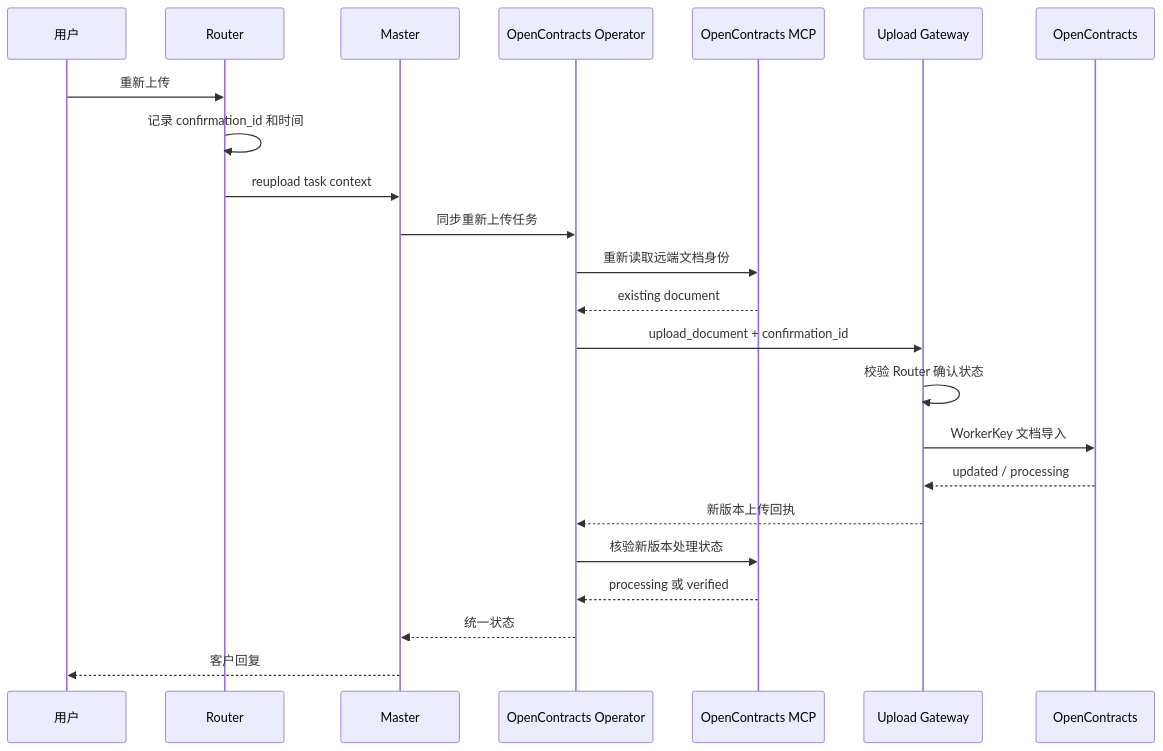
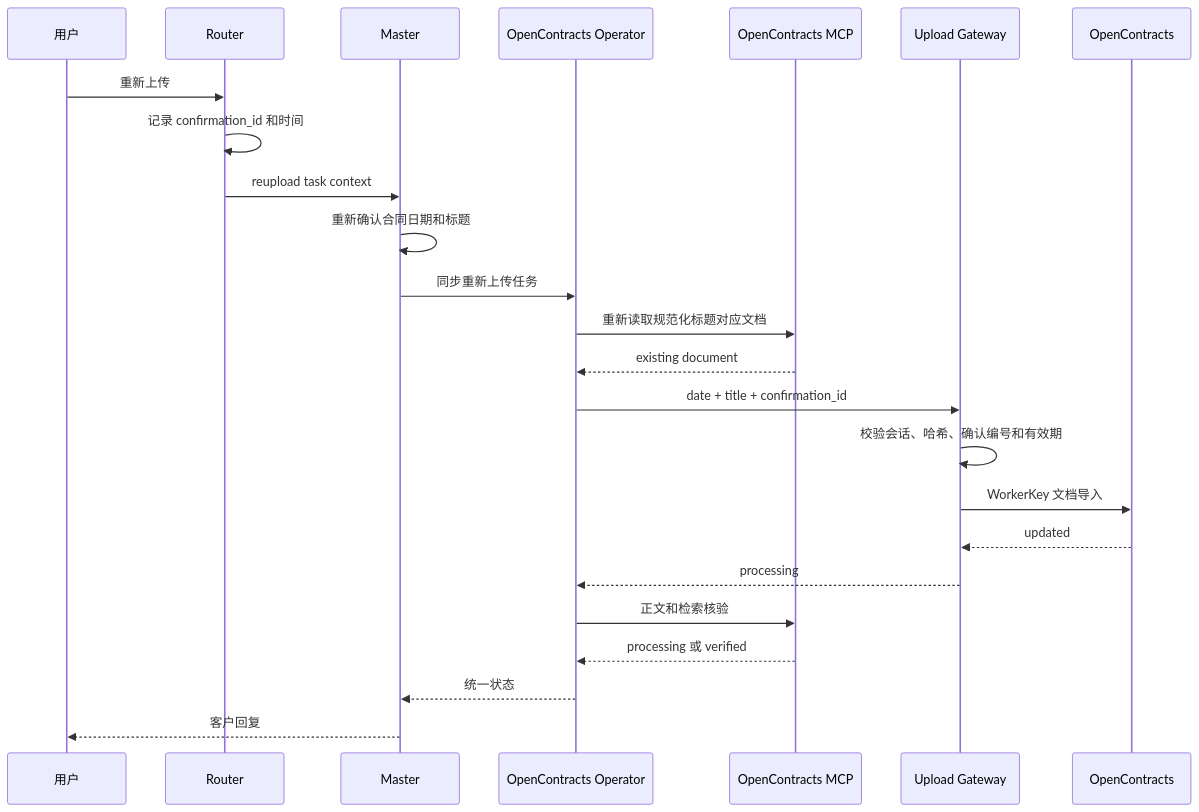
Before and after one commit to Ri0n72Y/ContractBotConfig: the third of 5 diagrams in docs/architecture/upload-sequence.md, drawn with Mermaid. The commit also changed other lines of this file and 43 other files, not shown here.

First line of the commit message:
Phase 2-A: move OpenContracts reads to MCP and split upload gateway (#3)

````diff
--- a/docs/architecture/upload-sequence.md
+++ b/docs/architecture/upload-sequence.md
@@ -64,26 +64,27 @@
 ```mermaid
 sequenceDiagram
     participant U as 用户
     participant R as Router
     participant M as Master
     participant O as OpenContracts Operator
     participant MCP as OpenContracts MCP
     participant G as Upload Gateway
     participant OC as OpenContracts
 
     U->>R: 重新上传
     R->>R: 记录 confirmation_id 和时间
     R->>M: reupload task context
+    M->>M: 重新确认合同日期和标题
     M->>O: 同步重新上传任务
-    O->>MCP: 重新读取远端文档身份
+    O->>MCP: 重新读取规范化标题对应文档
     MCP-->>O: existing document
-    O->>G: upload_document + confirmation_id
-    G->>G: 校验 Router 确认状态
+    O->>G: date + title + confirmation_id
+    G->>G: 校验会话、哈希、确认编号和有效期
     G->>OC: WorkerKey 文档导入
-    OC-->>G: updated / processing
-    G-->>O: 新版本上传回执
-    O->>MCP: 核验新版本处理状态
+    OC-->>G: updated
+    G-->>O: processing
+    O->>MCP: 正文和检索核验
     MCP-->>O: processing 或 verified
     O-->>M: 统一状态
     M-->>U: 客户回复
 ```
````
